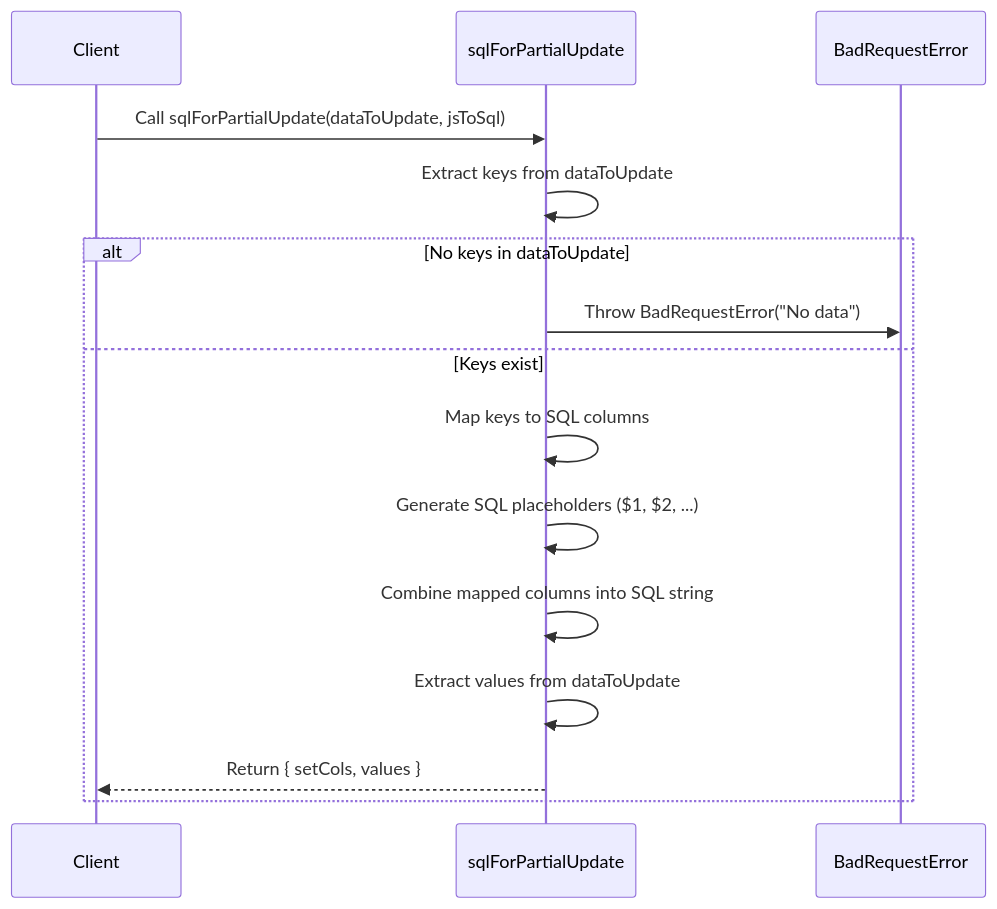
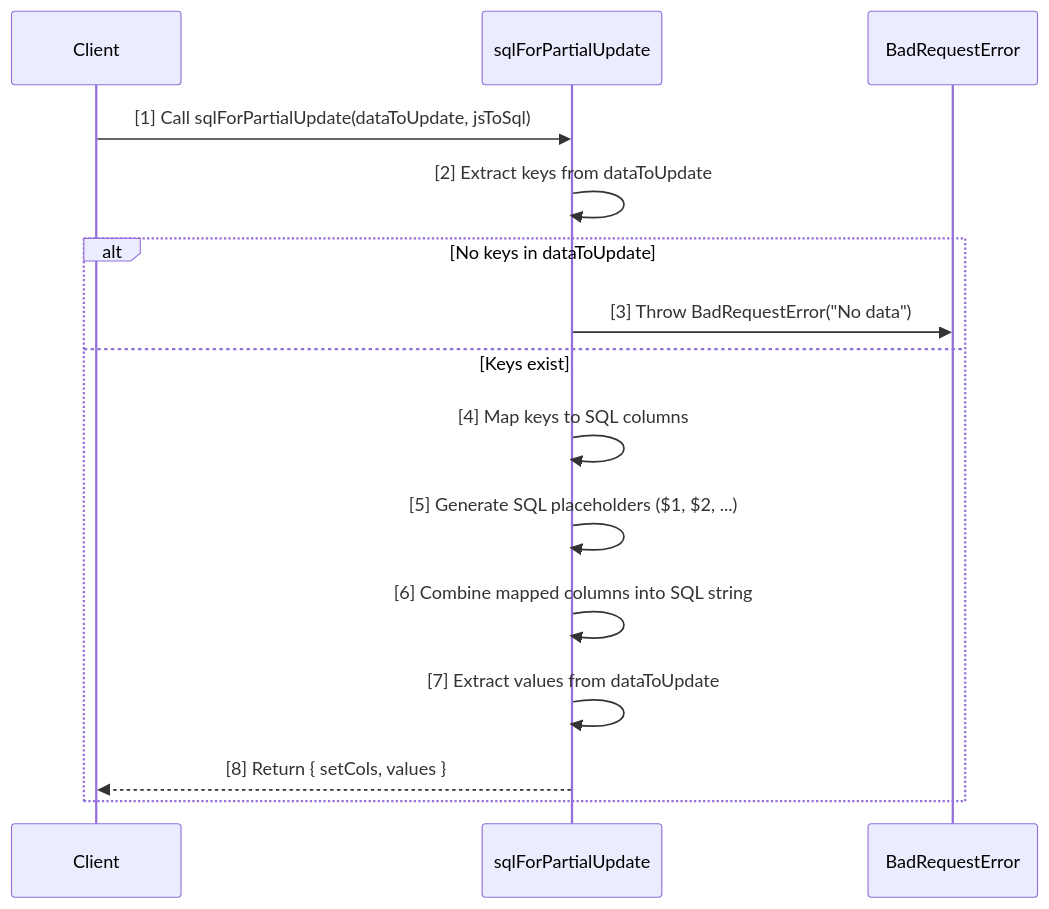
The first of 4 diagrams in helpers/README.MD (ahauser16/jobly-server), drawn with Mermaid before and after one commit. The commit also changed other lines of this file and 3 other files, not shown here.

````diff
--- a/helpers/README.MD
+++ b/helpers/README.MD
@@ -27,18 +38,18 @@
 ```mermaid
 sequenceDiagram
     participant Client
     participant sql as sqlForPartialUpdate
     participant Error as BadRequestError
 
-    Client->>sql: Call sqlForPartialUpdate(dataToUpdate, jsToSql)
-    sql->>sql: Extract keys from dataToUpdate
+    Client->>sql: [1] Call sqlForPartialUpdate(dataToUpdate, jsToSql)
+    sql->>sql: [2] Extract keys from dataToUpdate
     alt No keys in dataToUpdate
-        sql->>Error: Throw BadRequestError("No data")
+        sql->>Error: [3] Throw BadRequestError("No data")
     else Keys exist
-        sql->>sql: Map keys to SQL columns
-        sql->>sql: Generate SQL placeholders ($1, $2, ...)
-        sql->>sql: Combine mapped columns into SQL string
-        sql->>sql: Extract values from dataToUpdate
-        sql-->>Client: Return { setCols, values }
+        sql->>sql: [4] Map keys to SQL columns
+        sql->>sql: [5] Generate SQL placeholders ($1, $2, ...)
+        sql->>sql: [6] Combine mapped columns into SQL string
+        sql->>sql: [7] Extract values from dataToUpdate
+        sql-->>Client: [8] Return { setCols, values }
     end
 ```
````
